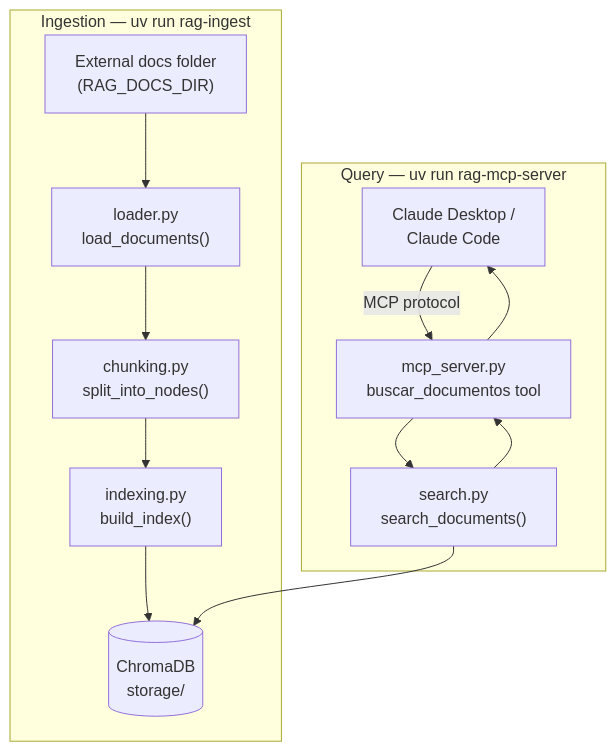
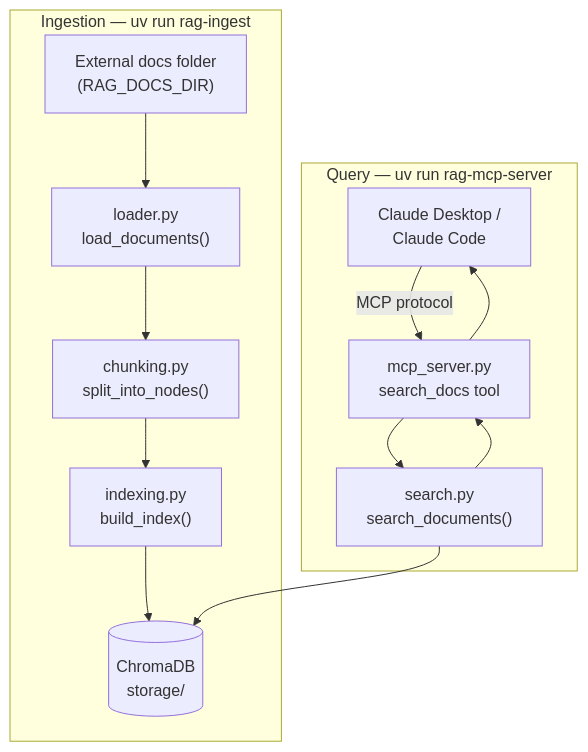
One commit to tpiva/rag-study changed the diagram in README.md. Above: the diagram before and after it, drawn with Mermaid. The commit also changed other lines of this file and 4 other files, not shown here.

````diff
--- a/README.md
+++ b/README.md
@@ -30,17 +30,17 @@
 ```mermaid
 flowchart TD
     subgraph Ingestion["Ingestion — uv run rag-ingest"]
         A["External docs folder\n(RAG_DOCS_DIR)"] --> B["loader.py\nload_documents()"]
         B --> C["chunking.py\nsplit_into_nodes()"]
         C --> D["indexing.py\nbuild_index()"]
         D --> E[("ChromaDB\nstorage/")]
     end
 
     subgraph Query["Query — uv run rag-mcp-server"]
-        F["Claude Desktop /\nClaude Code"] -- "MCP protocol" --> G["mcp_server.py\nbuscar_documentos tool"]
+        F["Claude Desktop /\nClaude Code"] -- "MCP protocol" --> G["mcp_server.py\nsearch_docs tool"]
         G --> H["search.py\nsearch_documents()"]
         H --> E
         H --> G
         G --> F
     end
 ```
````
